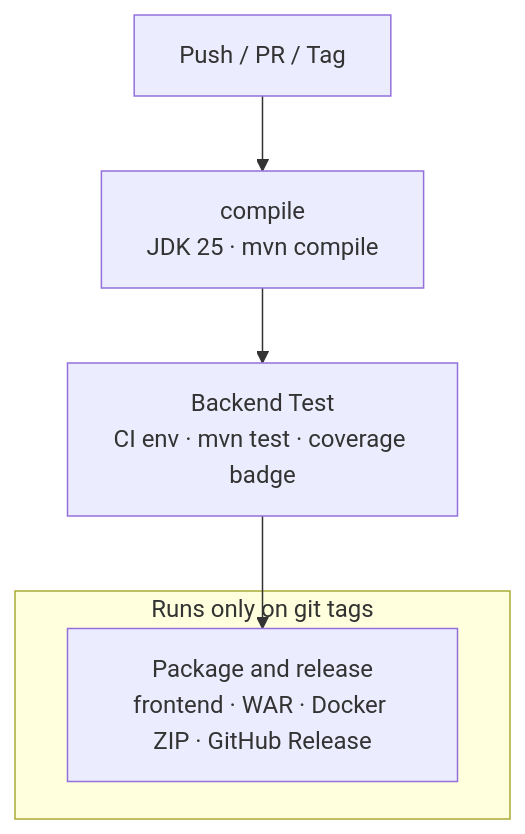
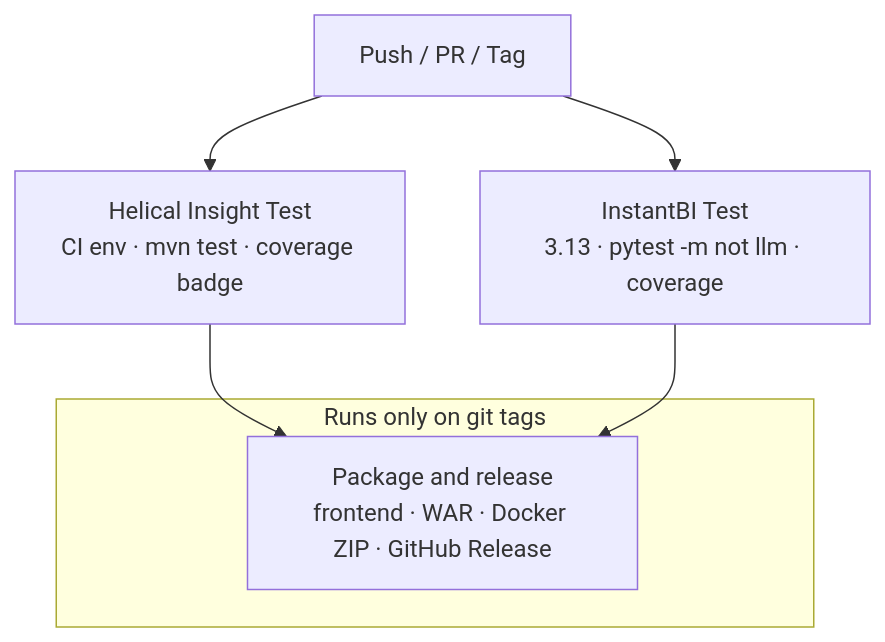
The diagram in .github/workflows/README.md (helicalinsight/helicalinsight), drawn with Mermaid before and after one commit. The commit also changed other lines of this file and 465 other files, not shown here.

````diff
--- a/.github/workflows/README.md
+++ b/.github/workflows/README.md
@@ -15,10 +15,11 @@
 ```mermaid
 flowchart TD
-  trigger["Push / PR / Tag"] --> compile["compile<br/>JDK 25 · mvn compile"]
-  compile --> test["Backend Test<br/>CI env · mvn test · coverage badge"]
+  trigger["Push / PR / Tag"] --> test["Helical Insight Test<br/>CI env · mvn test · coverage badge"]
+  trigger --> python["InstantBI Test<br/>3.13 · pytest -m not llm · coverage"]
   test --> release["Package and release<br/>frontend · WAR · Docker ZIP · GitHub Release"]
+  python --> release
 
   subgraph tagOnly ["Runs only on git tags"]
     release
   end
 ```
````
